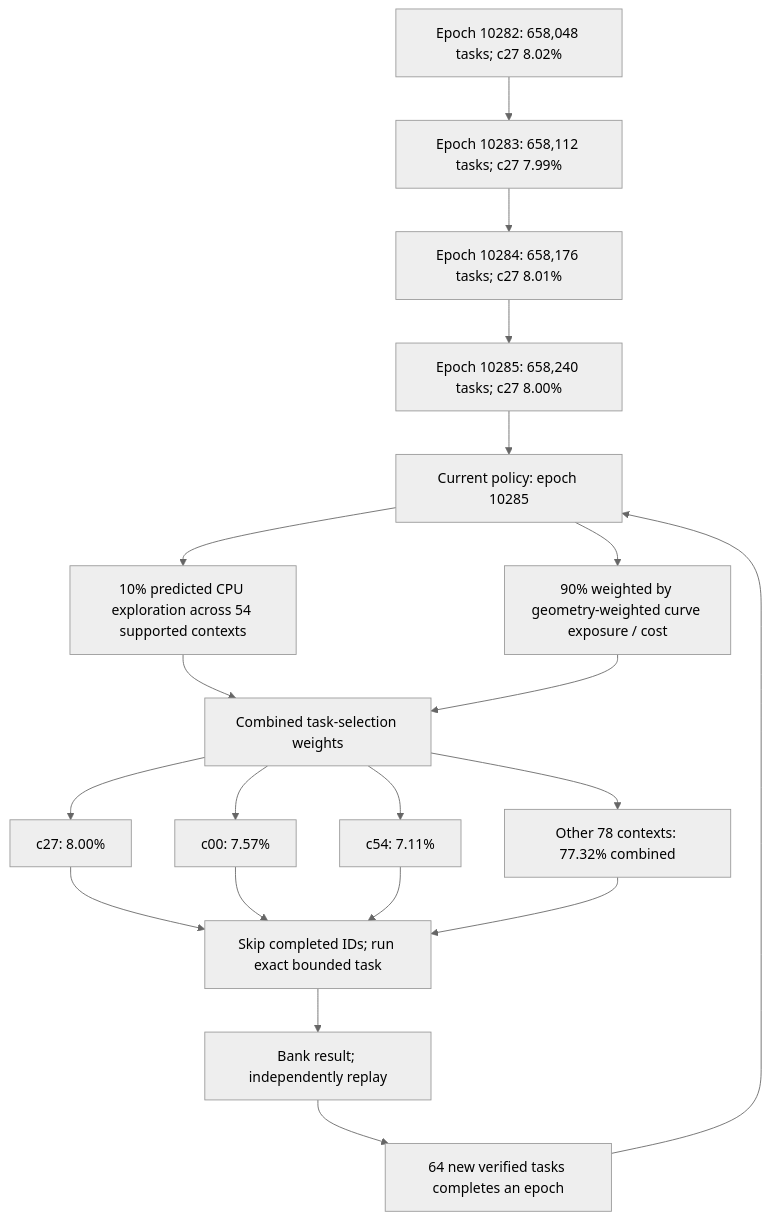
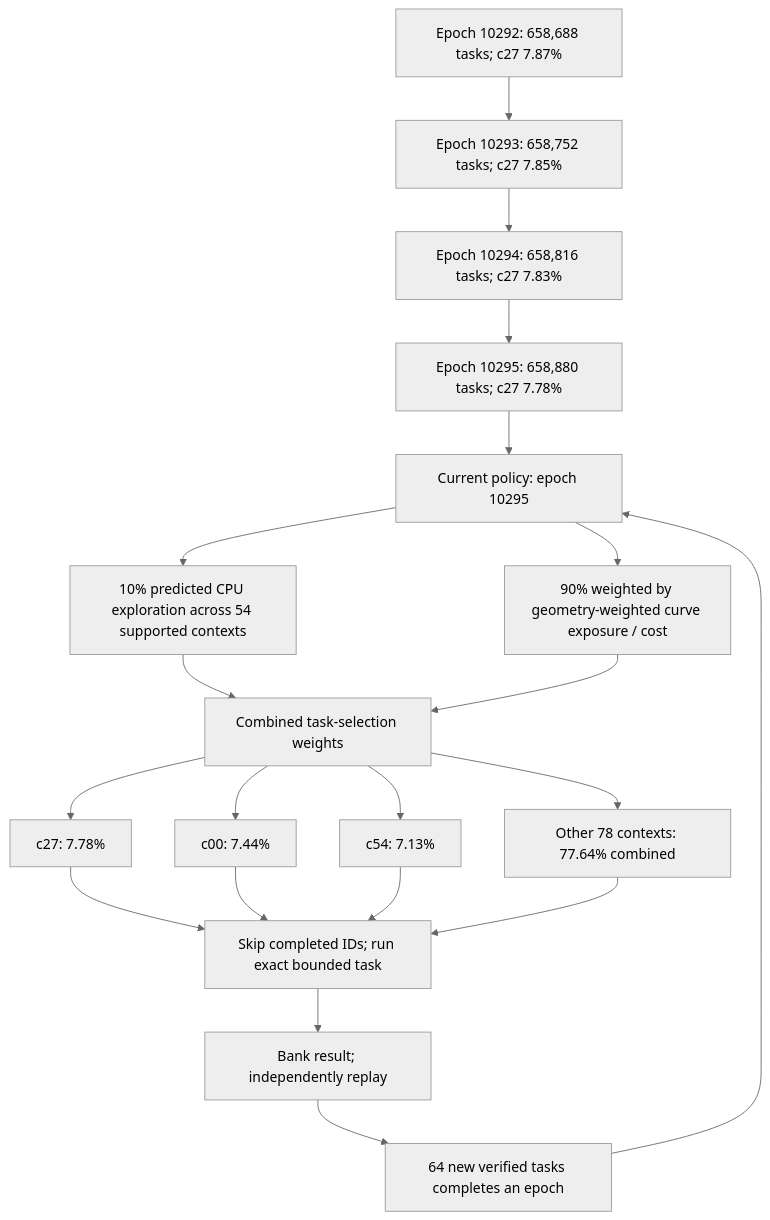
Before and after one commit to Kuberwastaken/math-gambling: the first of 4 diagrams in README.md, drawn with Mermaid (neutral theme). The commit also changed other lines of this file and 3599 other files, not shown here.

````diff
--- a/README.md
+++ b/README.md
@@ -60,27 +60,27 @@
 ```mermaid
 flowchart TD
-    H0["Epoch 10282: 658,048 tasks; c27 8.02%"]
-    H1["Epoch 10283: 658,112 tasks; c27 7.99%"]
+    H0["Epoch 10292: 658,688 tasks; c27 7.87%"]
+    H1["Epoch 10293: 658,752 tasks; c27 7.85%"]
     H0 --> H1
-    H2["Epoch 10284: 658,176 tasks; c27 8.01%"]
+    H2["Epoch 10294: 658,816 tasks; c27 7.83%"]
     H1 --> H2
-    H3["Epoch 10285: 658,240 tasks; c27 8.00%"]
+    H3["Epoch 10295: 658,880 tasks; c27 7.78%"]
     H2 --> H3
-    Policy["Current policy: epoch 10285"]
+    Policy["Current policy: epoch 10295"]
     H3 --> Policy
     Policy --> Explore["10% predicted CPU exploration across 54 supported contexts"]
     Policy --> Cost["90% weighted by geometry-weighted curve exposure / cost"]
     Explore --> Mix["Combined task-selection weights"]
     Cost --> Mix
-    Mix --> C0["c27: 8.00%"]
-    Mix --> C1["c00: 7.57%"]
-    Mix --> C2["c54: 7.11%"]
-    Mix --> Rest["Other 78 contexts: 77.32% combined"]
+    Mix --> C0["c27: 7.78%"]
+    Mix --> C1["c00: 7.44%"]
+    Mix --> C2["c54: 7.13%"]
+    Mix --> Rest["Other 78 contexts: 77.64% combined"]
     C0 --> Check["Skip completed IDs; run exact bounded task"]
     C1 --> Check
     C2 --> Check
     Rest --> Check
     Check --> Replay["Bank result; independently replay"]
     Replay --> Gate["64 new verified tasks completes an epoch"]
     Gate --> Policy
 ```
````
